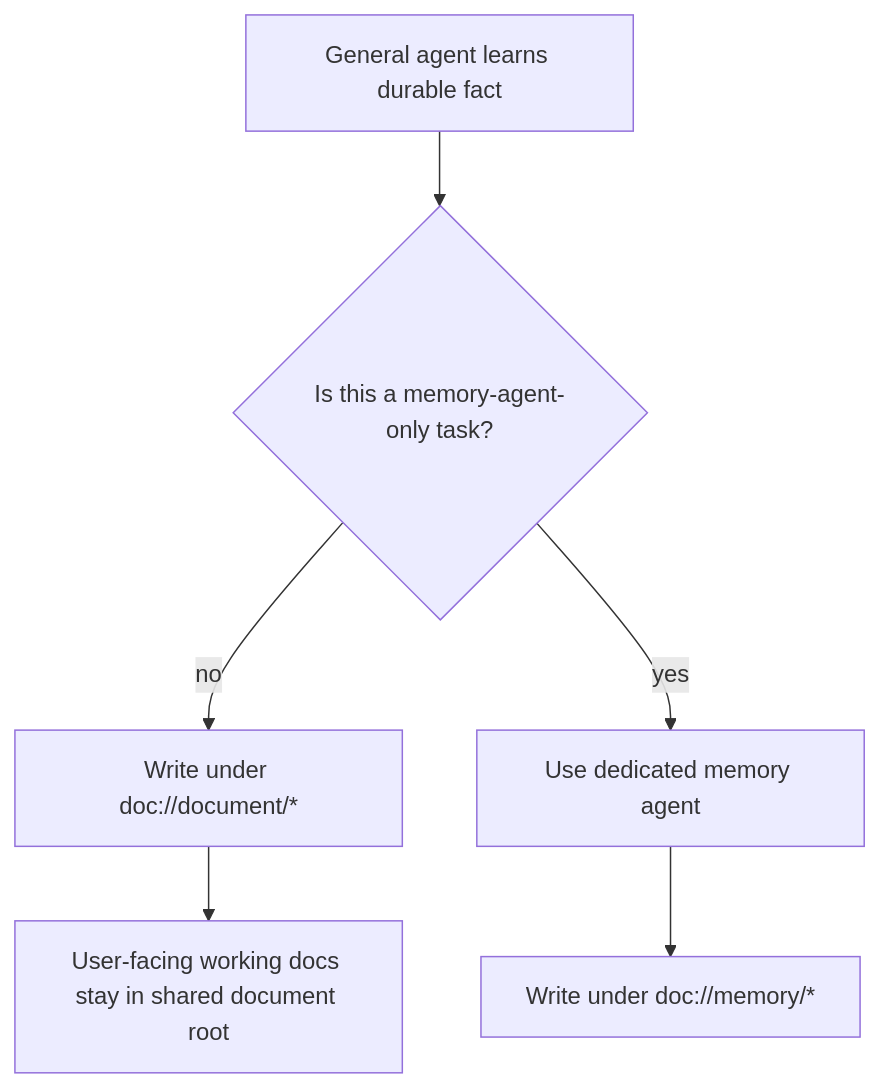
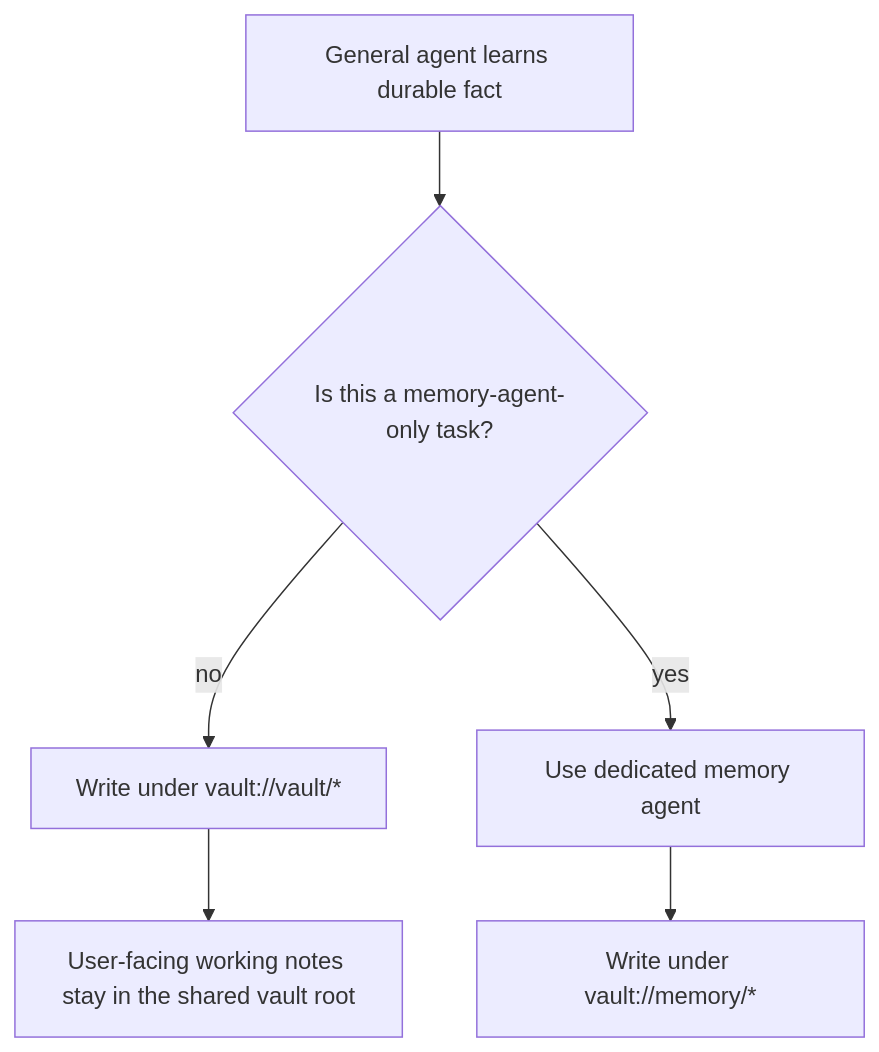
The diagram in doc/20260309-document-root-prompt-routing.md (ex3ndr/daycare), drawn with Mermaid before and after one commit. The commit also changed other lines of this file and 112 other files, not shown here.

````diff
--- a/doc/20260309-document-root-prompt-routing.md
+++ b/doc/20260309-document-root-prompt-routing.md
@@ -11,8 +11,8 @@
 ```mermaid
 flowchart TD
     A[General agent learns durable fact] --> B{Is this a memory-agent-only task?}
-    B -- no --> C[Write under doc://document/*]
+    B -- no --> C[Write under vault://vault/*]
     B -- yes --> D[Use dedicated memory agent]
-    D --> E[Write under doc://memory/*]
-    C --> F[User-facing working docs stay in shared document root]
+    D --> E[Write under vault://memory/*]
+    C --> F[User-facing working notes stay in the shared vault root]
 ```
````
